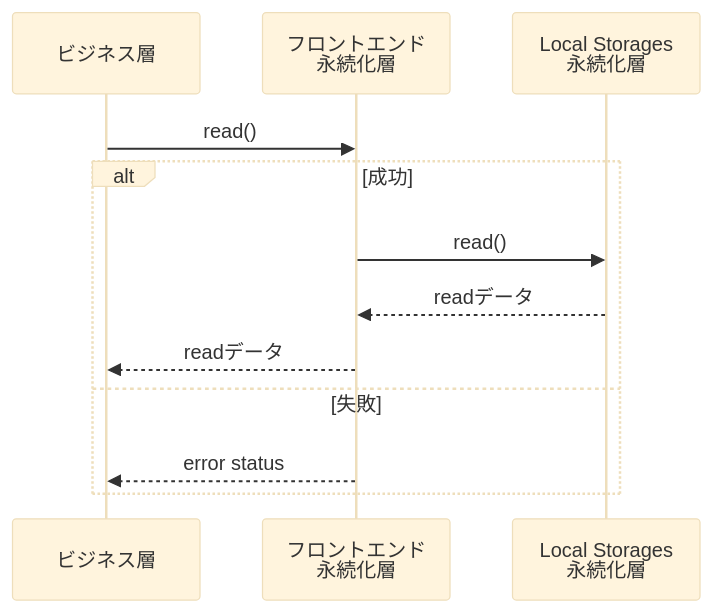
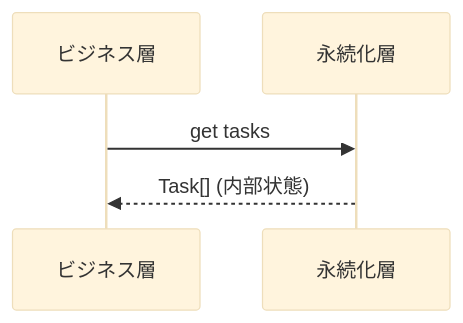
One commit to osawa-naotaka/vanishtodo changed the second of 4 diagrams in doc/06_02_PERSISTENT_SPEC.md. Above: the diagram before and after it, drawn with Mermaid (base theme). The commit also changed other lines of this file and 2 other files, not shown here.

````diff
--- a/doc/06_02_PERSISTENT_SPEC.md
+++ b/doc/06_02_PERSISTENT_SPEC.md
@@ -150,15 +106,8 @@
 ```mermaid
 sequenceDiagram
     participant Business as ビジネス層
-    participant Front as フロントエンド<br>永続化層
-    participant Local as Local Storages<br>永続化層
-    
-    Business->>Front: read()
-    alt 成功
-        Front->>Local: read()
-        Local-->>Front: readデータ
-        Front-->>Business: readデータ
-    else 失敗
-        Front-->>Business: error status
-    end
+    participant Persistent as 永続化層
+
+    Business->>Persistent: get tasks
+    Persistent-->>Business: Task[] (内部状態)
 ```
````
